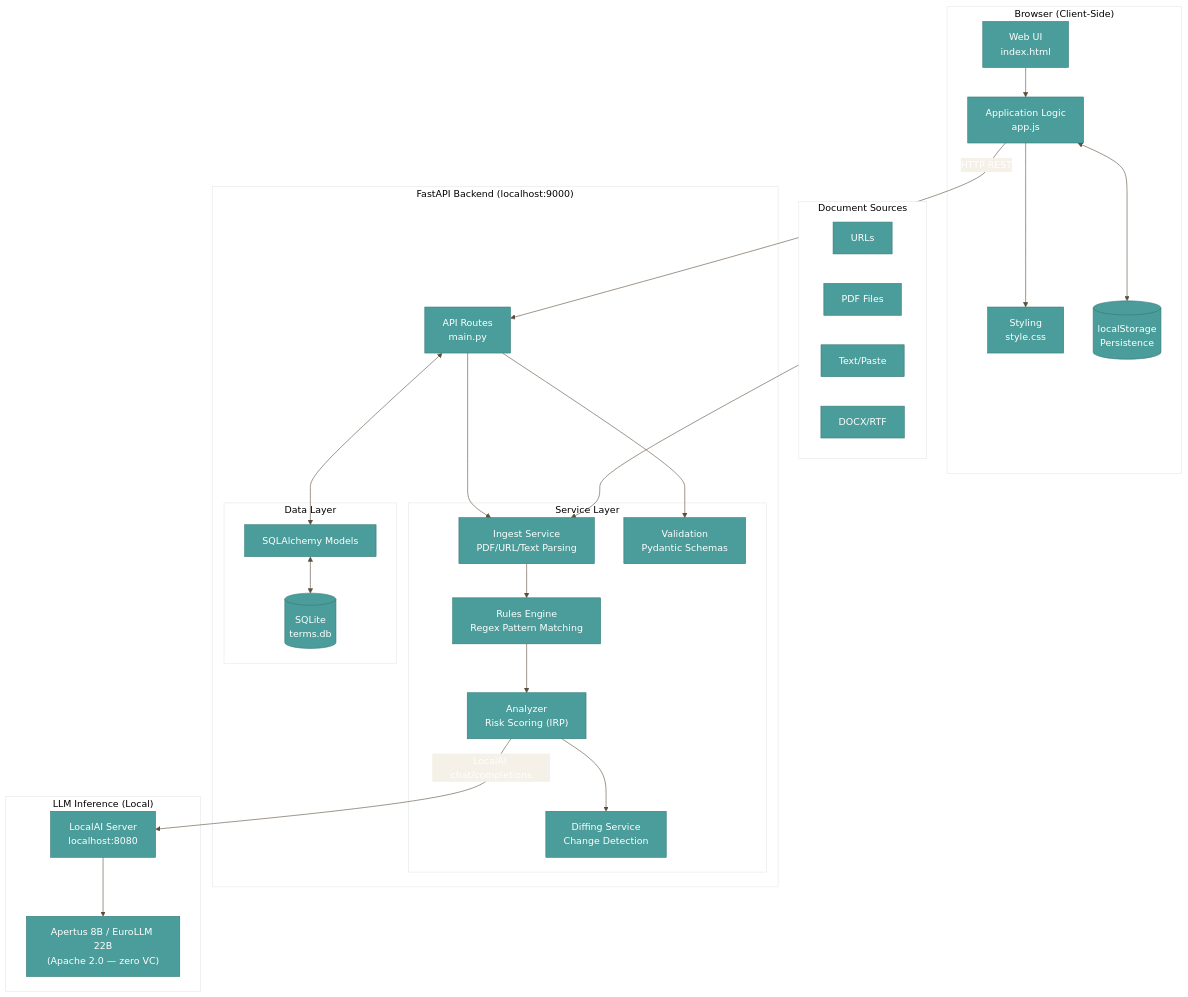
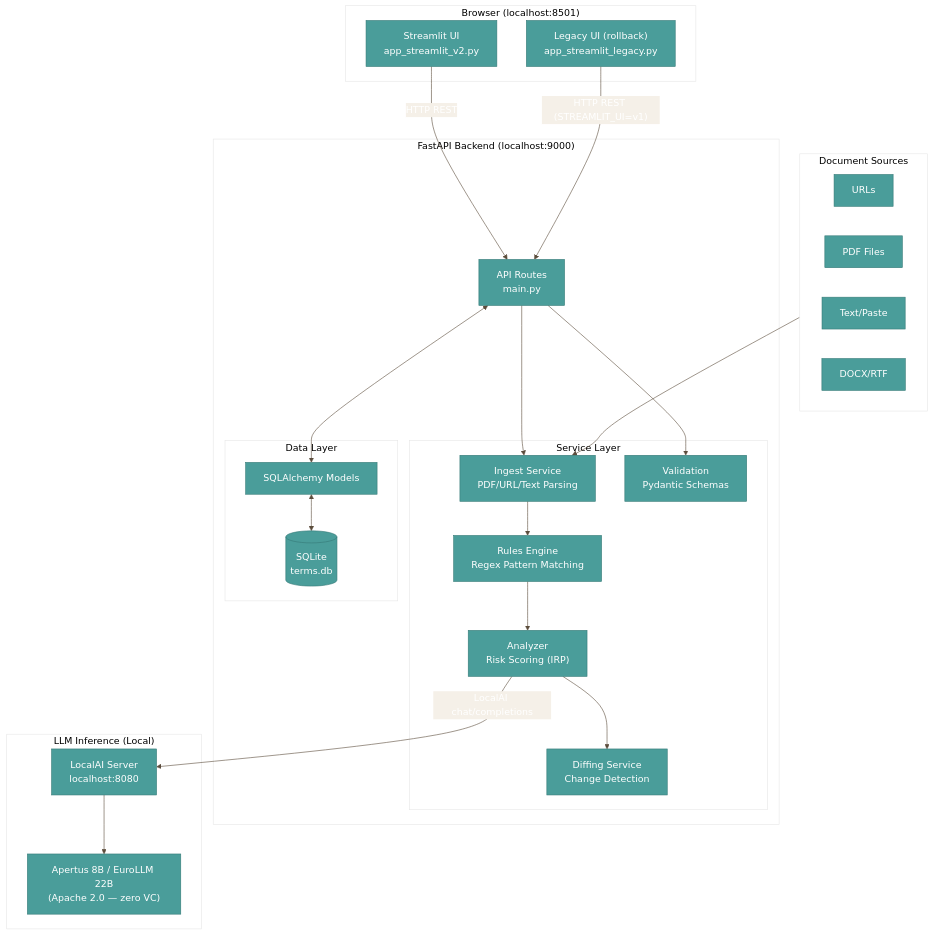
Before and after one commit to jennifer-mckinney/terms-analysis: the diagram in docs/diagrams/architecture.mmd, drawn with Mermaid. The commit also changed 14 other files, not shown here.

```diff
--- a/docs/diagrams/architecture.mmd
+++ b/docs/diagrams/architecture.mmd
@@ -1,64 +1,58 @@
 %%{init: {'theme': 'base', 'themeVariables': { 'primaryColor': '#4a9d9a', 'primaryTextColor': '#fff', 'primaryBorderColor': '#357a77', 'lineColor': '#5c4d3d', 'secondaryColor': '#f5f0e8', 'tertiaryColor': '#fff'}}}%%
 
 flowchart TB
-    subgraph Client["Browser (Client-Side)"]
-        UI["Web UI<br/>index.html"]
-        JS["Application Logic<br/>app.js"]
-        CSS["Styling<br/>style.css"]
-        LS[("localStorage<br/>Persistence")]
+    subgraph Client["Browser (localhost:8501)"]
+        UI["Streamlit UI<br/>app_streamlit_v2.py"]
+        LEG["Legacy UI (rollback)<br/>app_streamlit_legacy.py"]
     end
 
     subgraph Backend["FastAPI Backend (localhost:9000)"]
         API["API Routes<br/>main.py"]
 
         subgraph Services["Service Layer"]
             ING["Ingest Service<br/>PDF/URL/Text Parsing"]
             RUL["Rules Engine<br/>Regex Pattern Matching"]
             ANA["Analyzer<br/>Risk Scoring (IRP)"]
             VAL["Validation<br/>Pydantic Schemas"]
             DIF["Diffing Service<br/>Change Detection"]
         end
 
         subgraph Data["Data Layer"]
             DB[("SQLite<br/>terms.db")]
             MOD["SQLAlchemy Models"]
         end
     end
 
     subgraph External["LLM Inference (Local)"]
         LM["LocalAI Server<br/>localhost:8080"]
         MODEL["Apertus 8B / EuroLLM 22B<br/>(Apache 2.0 — zero VC)"]
     end
 
     subgraph DocumentSources["Document Sources"]
         URL["URLs"]
         PDF["PDF Files"]
         TXT["Text/Paste"]
         DOC["DOCX/RTF"]
     end
 
-    %% Client connections
-    UI --> JS
-    JS --> CSS
-    JS <--> LS
-
     %% API connections
-    JS -->|"HTTP REST"| API
+    UI -->|"HTTP REST"| API
+    LEG -->|"HTTP REST (STREAMLIT_UI=v1)"| API
     API --> ING
     API --> VAL
 
     %% Service flow
     ING --> RUL
     RUL --> ANA
     ANA --> DIF
 
     %% LLM connection
     ANA -->|"LocalAI chat/completions"| LM
     LM --> MODEL
 
     %% Data connections
     API <--> MOD
     MOD <--> DB
 
     %% Document sources
     DocumentSources --> ING
```
